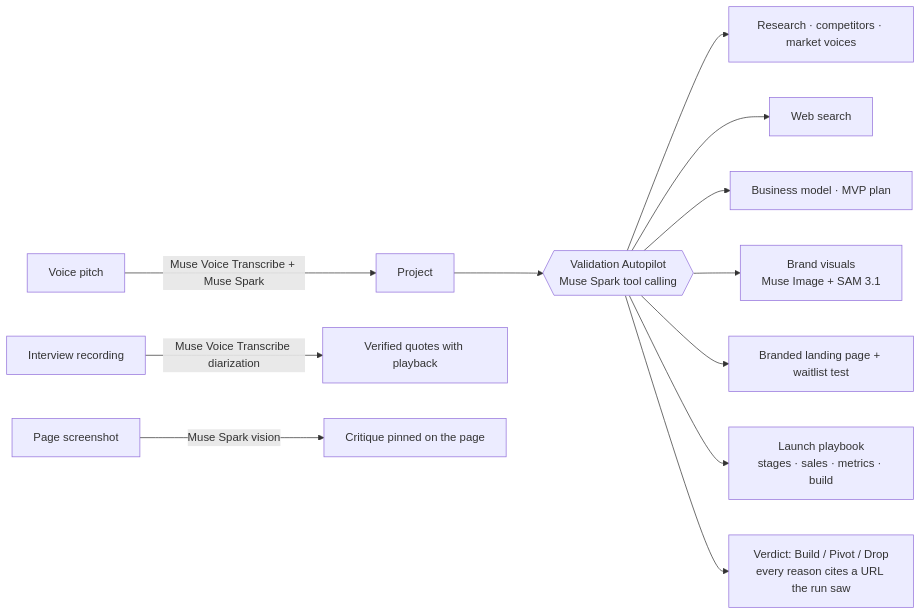
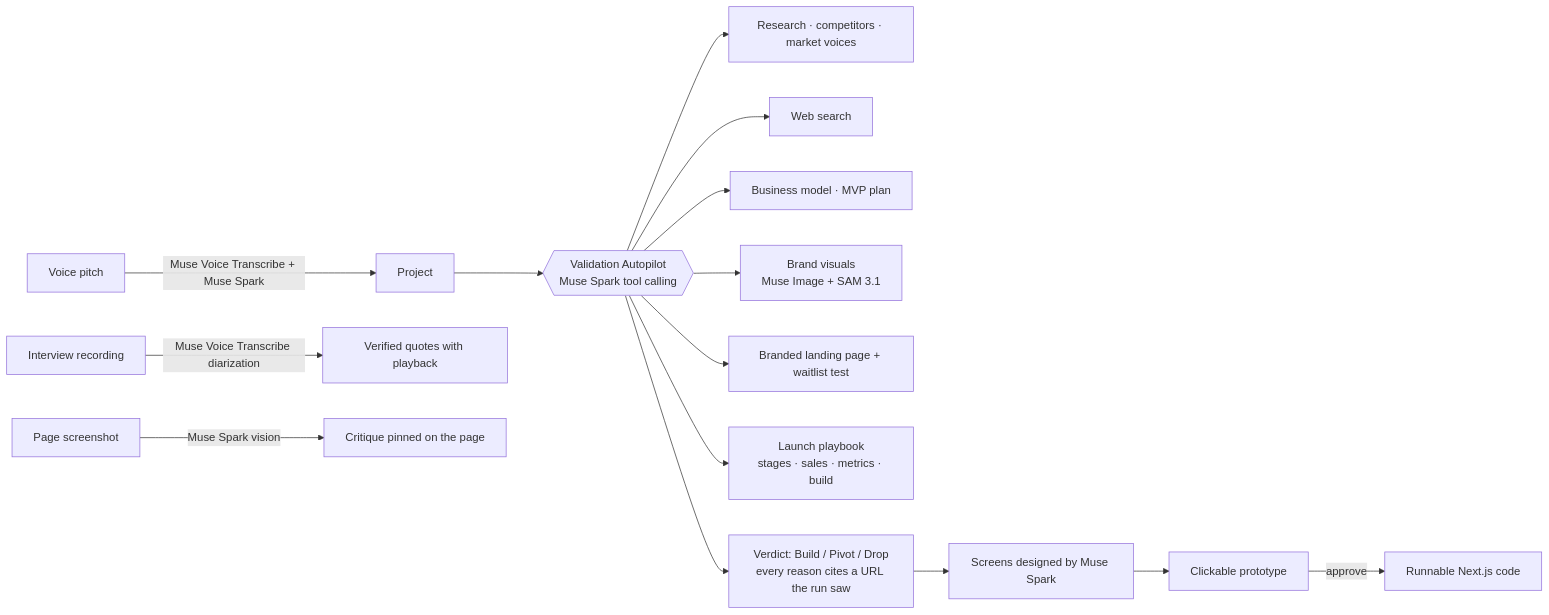
Before and after one commit to youcefbedrani/meta-ai-developer-cerebralvalley: the diagram in HACKATHON.md, drawn with Mermaid. The commit also changed other lines of this file and 37 other files, not shown here.

First line of the commit message:
Hackathon: Muse Spark designs the MVP, clickable prototype, approve → runnable code

````diff
--- a/HACKATHON.md
+++ b/HACKATHON.md
@@ -159,14 +186,15 @@
 ```mermaid
 flowchart LR
   V[Voice pitch] -->|Muse Voice Transcribe + Muse Spark| P[Project]
   P --> A{{Validation Autopilot<br/>Muse Spark tool calling}}
   A --> R[Research · competitors · market voices]
   A --> W[Web search]
   A --> B[Business model · MVP plan]
   A --> D[Brand visuals<br/>Muse Image + SAM 3.1]
   A --> L[Branded landing page + waitlist test]
   A --> G[Launch playbook<br/>stages · sales · metrics · build]
   A --> X[Verdict: Build / Pivot / Drop<br/>every reason cites a URL the run saw]
+  X --> DS[Screens designed by Muse Spark] --> PR[Clickable prototype] -->|approve| CODE[Runnable Next.js code]
   I[Interview recording] -->|Muse Voice Transcribe diarization| Q[Verified quotes with playback]
   S[Page screenshot] -->|Muse Spark vision| C[Critique pinned on the page]
 ```
````
